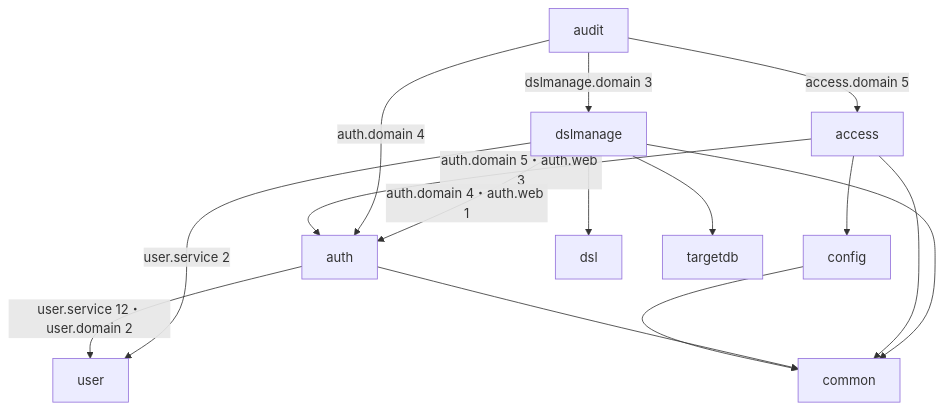
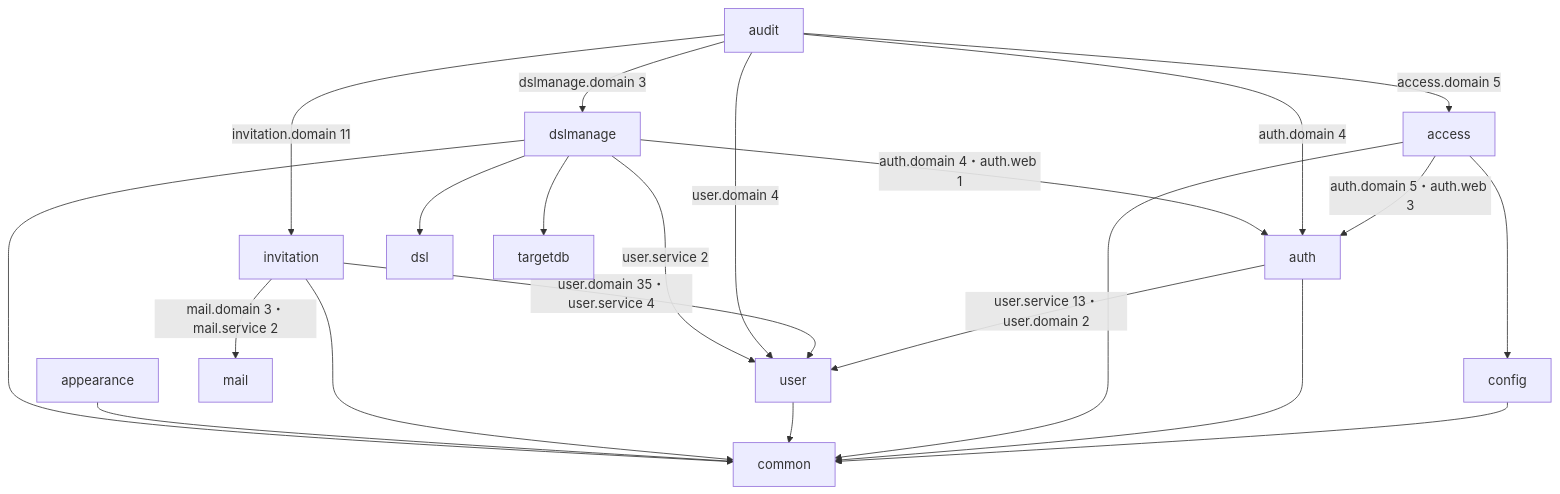
The first of 2 diagrams in aidlc/spaces/default/codekb/mastersmith2/dependencies.md (agwlvssainokuni/mastersmith2), drawn with Mermaid before and after one commit. The commit also changed other lines of this file and 16 other files, not shown here.

````diff
--- a/aidlc/spaces/default/codekb/mastersmith2/dependencies.md
+++ b/aidlc/spaces/default/codekb/mastersmith2/dependencies.md
@@ -33,17 +52,24 @@
 ```mermaid
 flowchart TD
   config --> common
-  auth -- "user.service 12・user.domain 2" --> user
+  auth -- "user.service 13・user.domain 2" --> user
   auth --> common
   access -- "auth.domain 5・auth.web 3" --> auth
   access --> common
   access --> config
+  user --> common
+  invitation -- "user.domain 35・user.service 4" --> user
+  invitation -- "mail.domain 3・mail.service 2" --> mail
+  invitation --> common
+  appearance --> common
+  audit -- "invitation.domain 11" --> invitation
+  audit -- "user.domain 4" --> user
   audit -- "auth.domain 4" --> auth
   audit -- "access.domain 5" --> access
   audit -- "dslmanage.domain 3" --> dslmanage
   dslmanage --> dsl
   dslmanage --> targetdb
   dslmanage -- "user.service 2" --> user
   dslmanage -- "auth.domain 4・auth.web 1" --> auth
   dslmanage --> common
 ```
````
